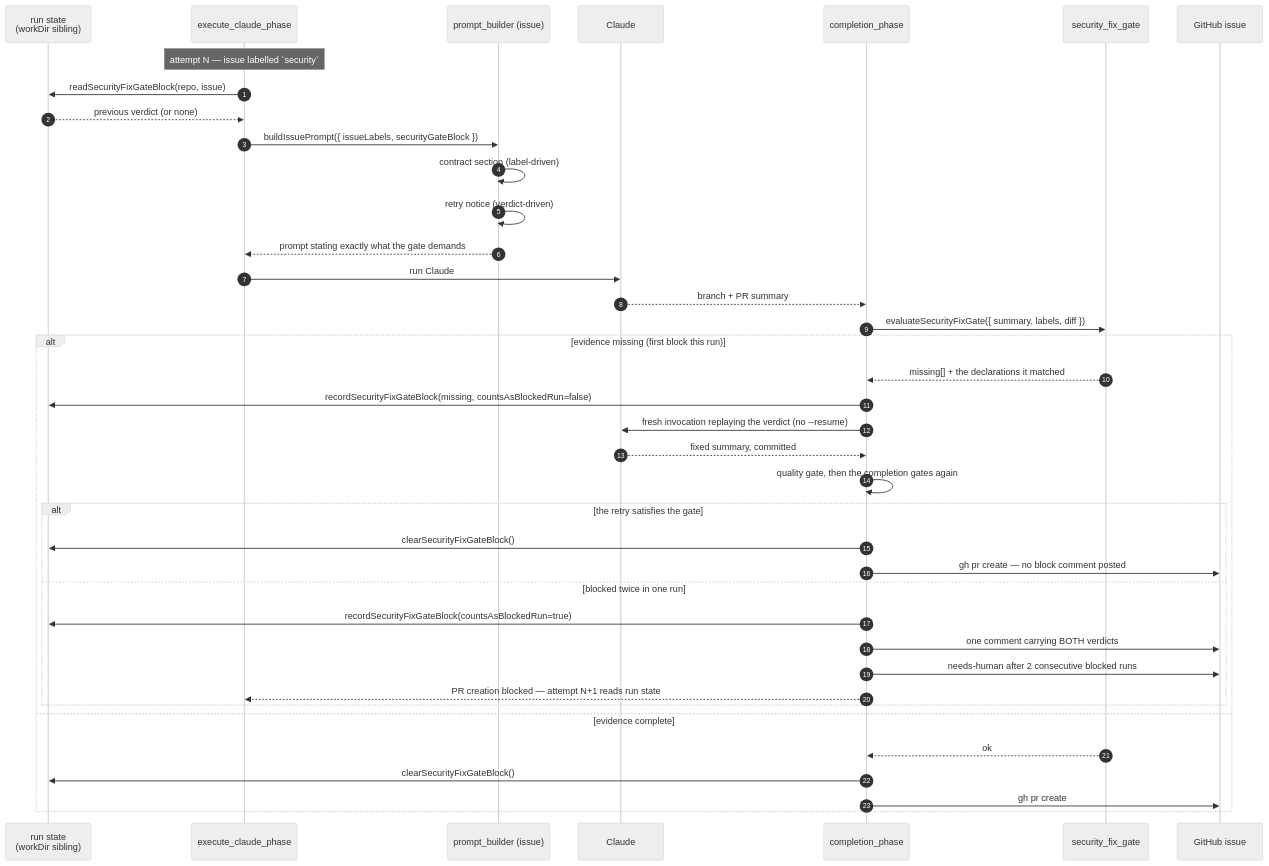
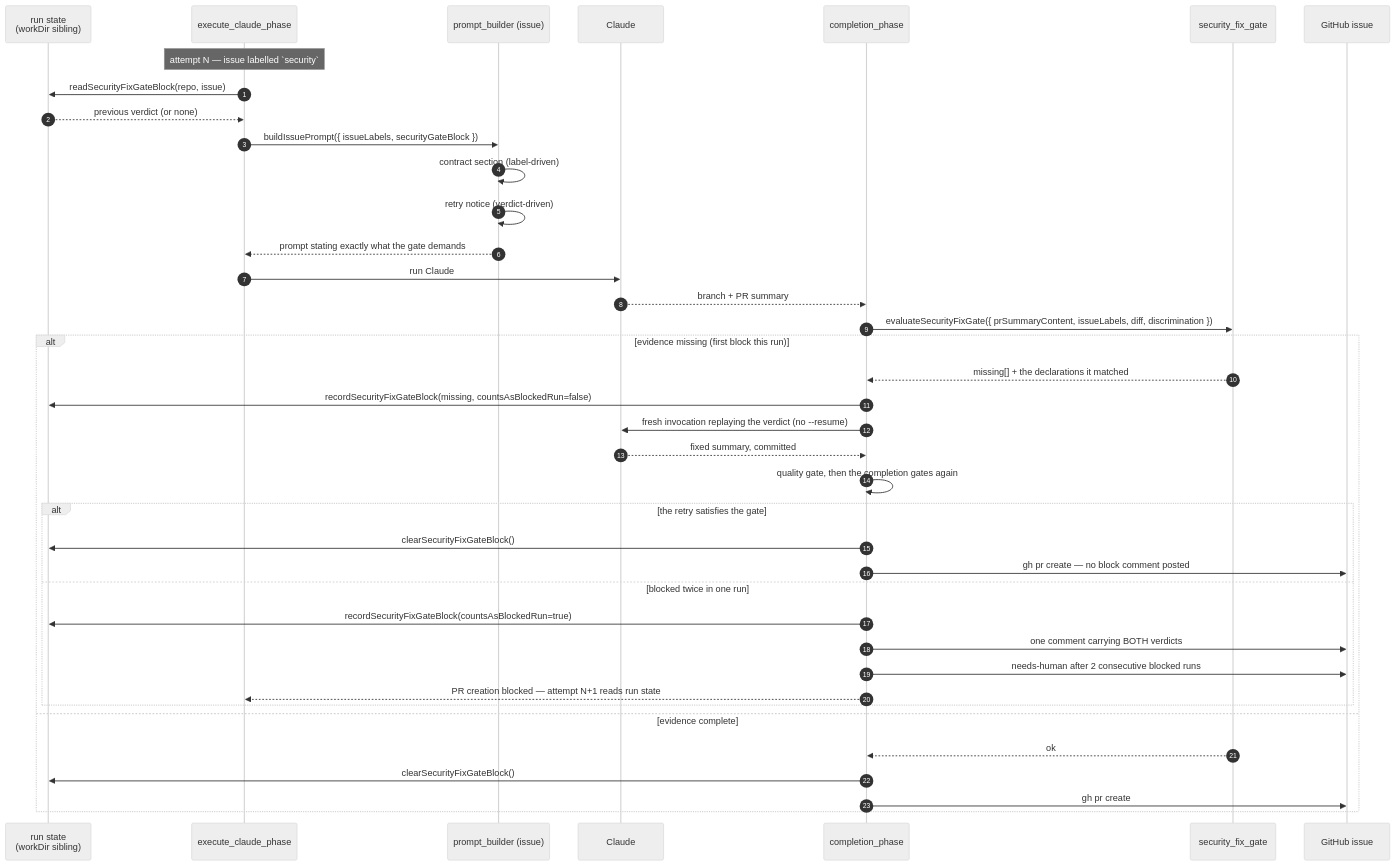
The diagram in docs/security-fix-gate-feedback.md (stSoftwareAU/VibeCoder), drawn with Mermaid (neutral theme) before and after one commit. The commit also changed 5 other files, not shown here.

First line of the commit message:
Security-fix gate: hunk-aware cited-test parsing, wiring and branch tests (#3659)

````diff
--- a/docs/security-fix-gate-feedback.md
+++ b/docs/security-fix-gate-feedback.md
@@ -28,42 +28,42 @@
 ```mermaid
 sequenceDiagram
     autonumber
     participant S as run state<br/>(workDir sibling)
     participant E as execute_claude_phase
     participant B as prompt_builder (issue)
     participant Cl as Claude
     participant C as completion_phase
     participant G as security_fix_gate
     participant GH as GitHub issue
 
     Note over E: attempt N — issue labelled `security`
     E->>S: readSecurityFixGateBlock(repo, issue)
     S-->>E: previous verdict (or none)
     E->>B: buildIssuePrompt({ issueLabels, securityGateBlock })
     B->>B: contract section (label-driven)
     B->>B: retry notice (verdict-driven)
     B-->>E: prompt stating exactly what the gate demands
     E->>Cl: run Claude
     Cl-->>C: branch + PR summary
-    C->>G: evaluateSecurityFixGate({ summary, labels, diff })
+    C->>G: evaluateSecurityFixGate({ prSummaryContent, issueLabels, diff, discrimination })
     alt evidence missing (first block this run)
         G-->>C: missing[] + the declarations it matched
         C->>S: recordSecurityFixGateBlock(missing, countsAsBlockedRun=false)
         C->>Cl: fresh invocation replaying the verdict (no --resume)
         Cl-->>C: fixed summary, committed
         C->>C: quality gate, then the completion gates again
         alt the retry satisfies the gate
             C->>S: clearSecurityFixGateBlock()
             C->>GH: gh pr create — no block comment posted
         else blocked twice in one run
             C->>S: recordSecurityFixGateBlock(countsAsBlockedRun=true)
             C->>GH: one comment carrying BOTH verdicts
             C->>GH: needs-human after 2 consecutive blocked runs
             C-->>E: PR creation blocked — attempt N+1 reads run state
         end
     else evidence complete
         G-->>C: ok
         C->>S: clearSecurityFixGateBlock()
         C->>GH: gh pr create
     end
 ```
````
